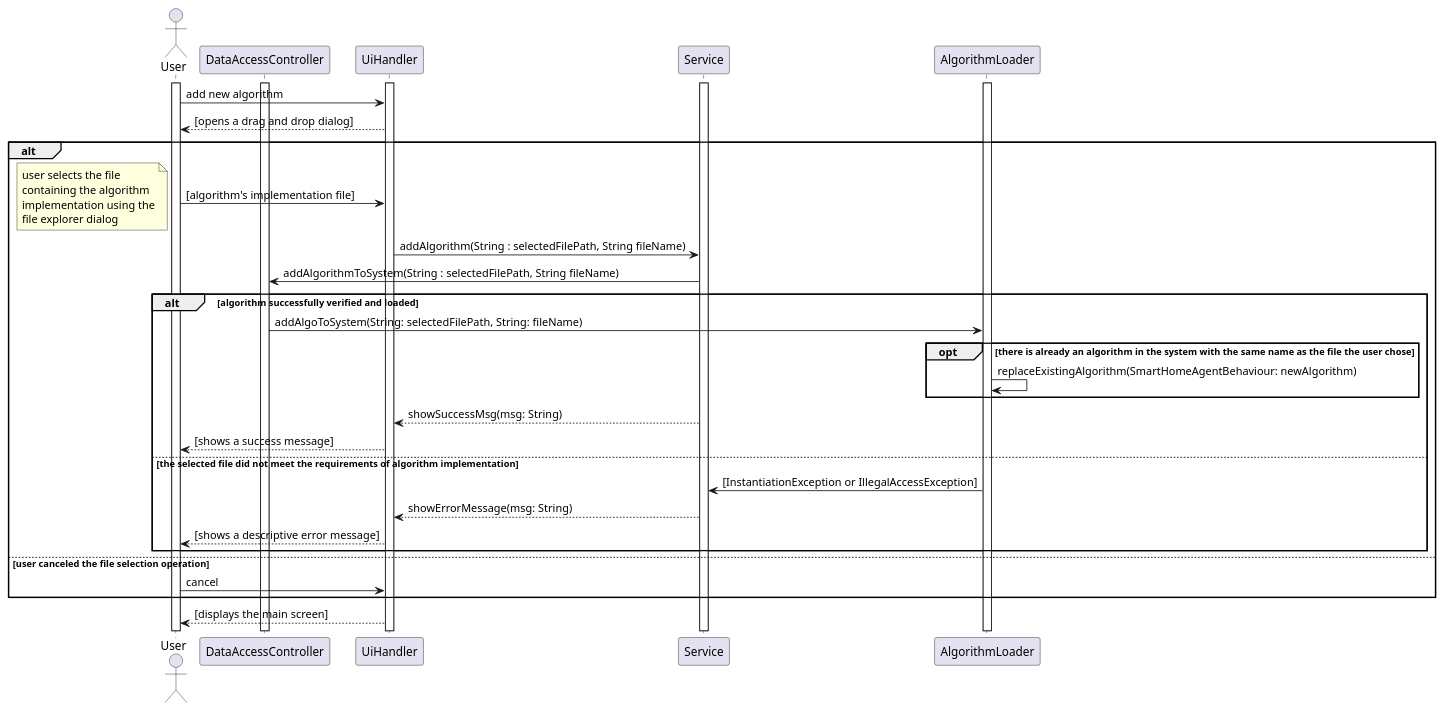
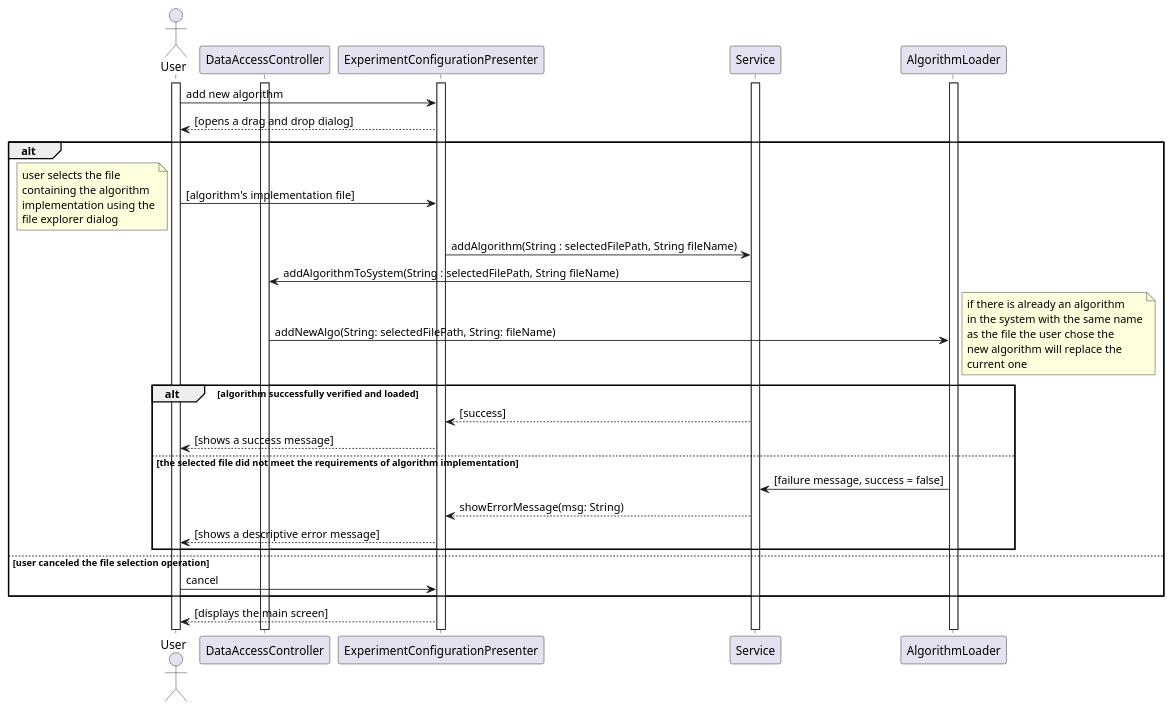
Before and after one commit to miamiHits/FinalProject: the diagram in Docs/Diagrams/behaviour diagrams/scripts/addNewAlgoSeq.puml, drawn with PlantUML. The commit also changed 9 other files, not shown here.

Commit message:
updating the sequence diagram accorsing to the current implementation

```diff
--- a/Docs/Diagrams/behaviour diagrams/scripts/addNewAlgoSeq.puml
+++ b/Docs/Diagrams/behaviour diagrams/scripts/addNewAlgoSeq.puml
@@ -1,51 +1,55 @@
 @startuml
 actor User as u
 participant DataAccessController as DAC
 
 activate u
 activate DAC
-activate UiHandler
+activate ExperimentConfigurationPresenter
 activate Service
 activate AlgorithmLoader
 
-u -> UiHandler : add new algorithm
-UiHandler --> u : [opens a drag and drop dialog]
+u -> ExperimentConfigurationPresenter : add new algorithm
+ExperimentConfigurationPresenter --> u : [opens a drag and drop dialog]
 alt
-    u -> UiHandler : [algorithm's implementation file]
+    u -> ExperimentConfigurationPresenter : [algorithm's implementation file]
     note left
         user selects the file
         containing the algorithm
         implementation using the
         file explorer dialog
     end note
-    UiHandler -> Service : addAlgorithm(String : selectedFilePath, String fileName)
+    ExperimentConfigurationPresenter -> Service : addAlgorithm(String : selectedFilePath, String fileName)
     Service -> DAC : addAlgorithmToSystem(String : selectedFilePath, String fileName)
+
+    DAC -> AlgorithmLoader : addNewAlgo(String: selectedFilePath, String: fileName)
 
     alt algorithm successfully verified and loaded
 
-        DAC -> AlgorithmLoader : addAlgoToSystem(String: selectedFilePath, String: fileName)
+        note right
+            if there is already an algorithm
+            in the system with the same name
+            as the file the user chose the
+            new algorithm will replace the
+            current one
+        end note
 
-        opt there is already an algorithm in the system with the same name as the file the user chose
-            AlgorithmLoader -> AlgorithmLoader : replaceExistingAlgorithm(SmartHomeAgentBehaviour: newAlgorithm)
-        end
-
-        Service --> UiHandler : showSuccessMsg(msg: String)
-        UiHandler --> u : [shows a success message]
+        Service --> ExperimentConfigurationPresenter : [success]
+        ExperimentConfigurationPresenter --> u : [shows a success message]
 
     else the selected file did not meet the requirements of algorithm implementation
 
-        AlgorithmLoader -> Service : [InstantiationException or IllegalAccessException]
-        Service --> UiHandler : showErrorMessage(msg: String)
-        UiHandler --> u : [shows a descriptive error message]
+        AlgorithmLoader -> Service : [failure message, success = false]
+        Service --> ExperimentConfigurationPresenter : showErrorMessage(msg: String)
+        ExperimentConfigurationPresenter --> u : [shows a descriptive error message]
 
     end
 
 else user canceled the file selection operation
 
-    u -> UiHandler : cancel
+    u -> ExperimentConfigurationPresenter : cancel
 end
 
-    UiHandler --> u : [displays the main screen]
+    ExperimentConfigurationPresenter --> u : [displays the main screen]
 
 
 @enduml
```
